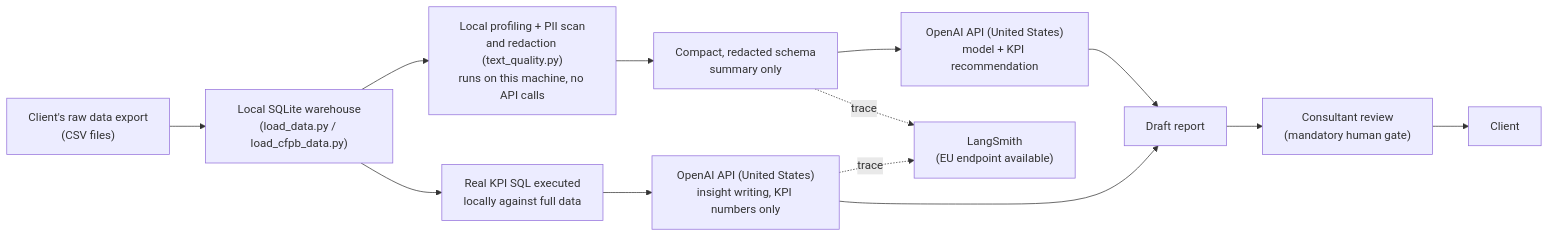
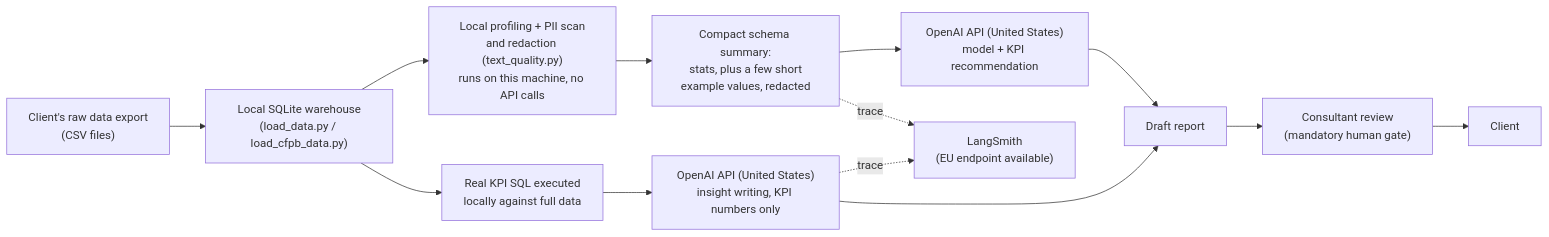
One commit to mzahra/capstone-1 changed the diagram in compliance/gdpr_documentation.md. Above: the diagram before and after it, drawn with Mermaid. The commit also changed other lines of this file and 23 other files, not shown here.

````diff
--- a/compliance/gdpr_documentation.md
+++ b/compliance/gdpr_documentation.md
@@ -18,15 +18,15 @@
 ```mermaid
 flowchart LR
     A["Client's raw data export<br/>(CSV files)"] --> B["Local SQLite warehouse<br/>(load_data.py / load_cfpb_data.py)"]
     B --> C["Local profiling + PII scan<br/>and redaction (text_quality.py)<br/>runs on this machine, no API calls"]
-    C --> D["Compact, redacted schema<br/>summary only"]
+    C --> D["Compact schema summary:<br/>stats, plus a few short<br/>example values, redacted"]
     D --> E["OpenAI API (United States)<br/>model + KPI recommendation"]
     B --> F["Real KPI SQL executed<br/>locally against full data"]
     F --> G["OpenAI API (United States)<br/>insight writing, KPI numbers only"]
     E --> H["Draft report"]
     G --> H
     H --> I["Consultant review<br/>(mandatory human gate)"]
     I --> J["Client"]
     D -.trace.-> K["LangSmith<br/>(EU endpoint available)"]
     G -.trace.-> K
 ```
````
